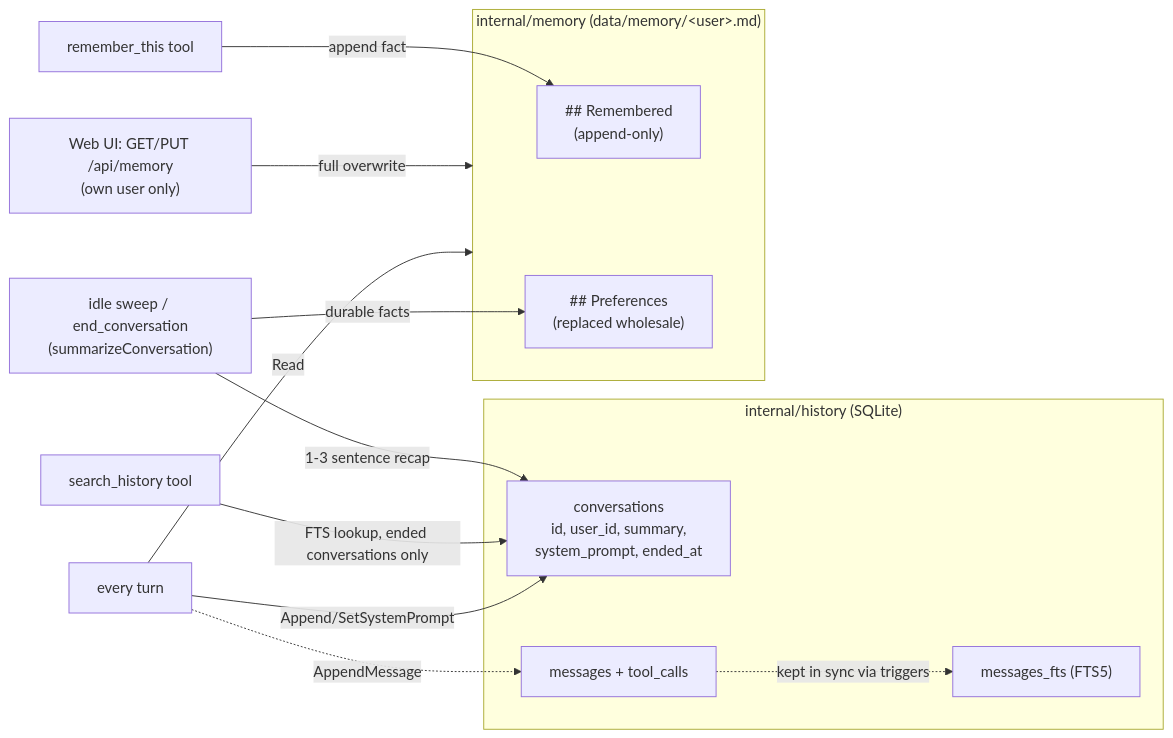
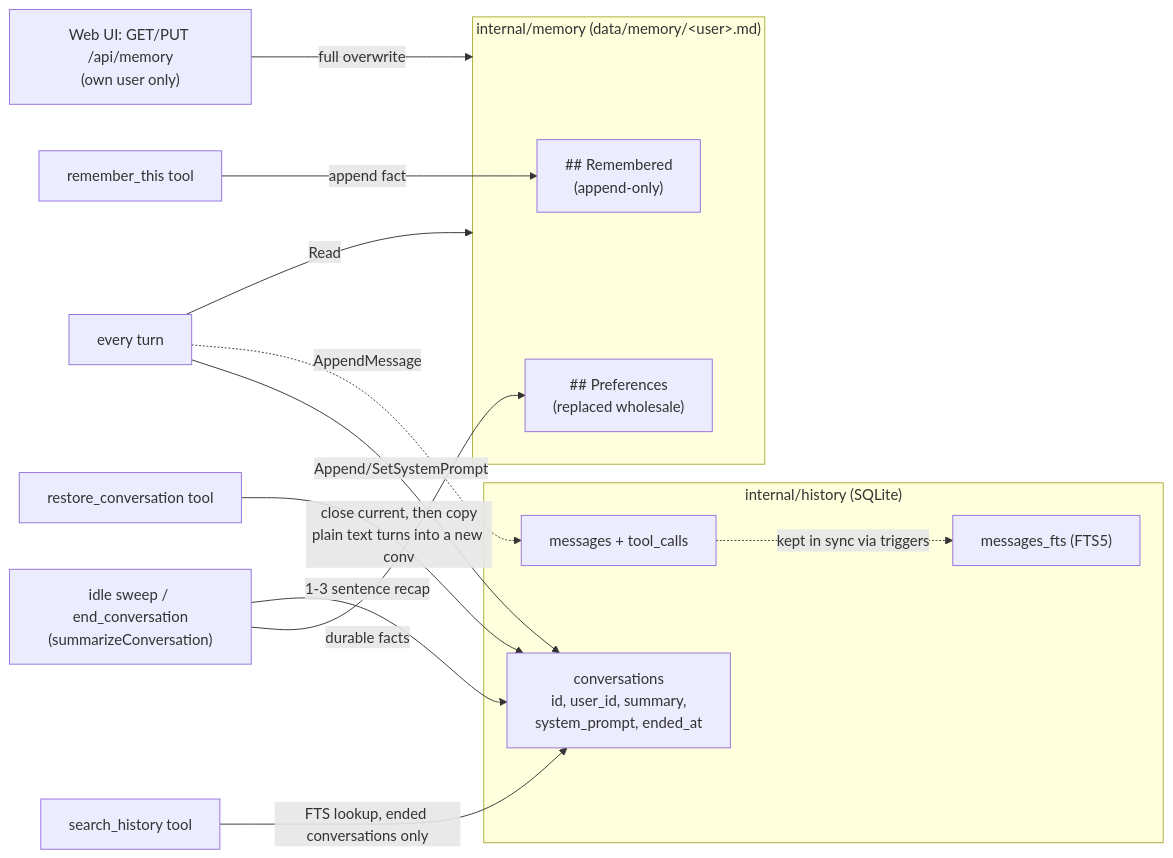
The third of 3 diagrams in CLAUDE.md (archer-developer/miranda), drawn with Mermaid before and after one commit. The commit also changed other lines of this file and 9 other files, not shown here.

First line of the commit message:
Add restore_conversation tool to resume a past dialog as the active session

````diff
--- a/CLAUDE.md
+++ b/CLAUDE.md
@@ -136,22 +136,23 @@
 ```mermaid
 flowchart LR
     subgraph HIST["internal/history (SQLite)"]
         conv["conversations\nid, user_id, summary,\nsystem_prompt, ended_at"]
         msg["messages + tool_calls"]
         fts["messages_fts (FTS5)"]
     end
     subgraph MEM["internal/memory (data/memory/&lt;user&gt;.md)"]
         remembered["## Remembered\n(append-only)"]
         preferences["## Preferences\n(replaced wholesale)"]
     end
 
     remember_this["remember_this tool"] -->|append fact| remembered
     summarize["idle sweep / end_conversation\n(summarizeConversation)"] -->|durable facts| preferences
     summarize -->|1-3 sentence recap| conv
     editor["Web UI: GET/PUT /api/memory\n(own user only)"] -->|full overwrite| MEM
     search["search_history tool"] -->|FTS lookup, ended conversations only| conv
+    restore["restore_conversation tool"] -->|close current, then copy\nplain text turns into a new conv| conv
     turn["every turn"] -->|Read| MEM
     turn -->|Append/SetSystemPrompt| conv
     turn -.->|AppendMessage| msg
     msg -.->|kept in sync via triggers| fts
 ```
````
